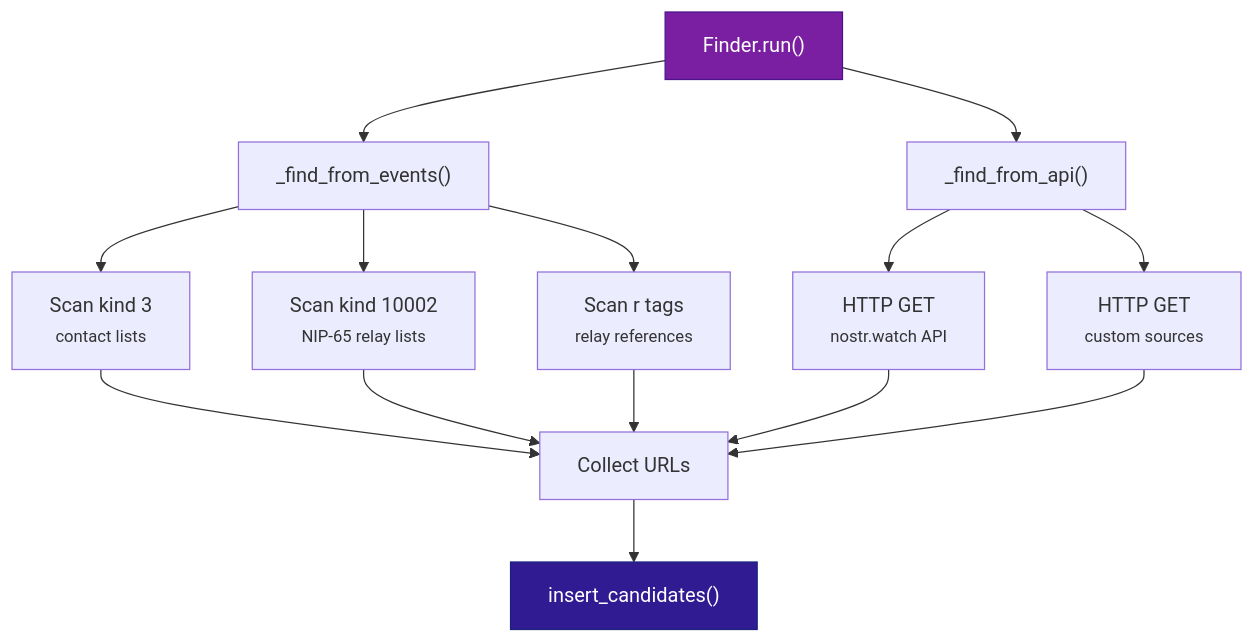
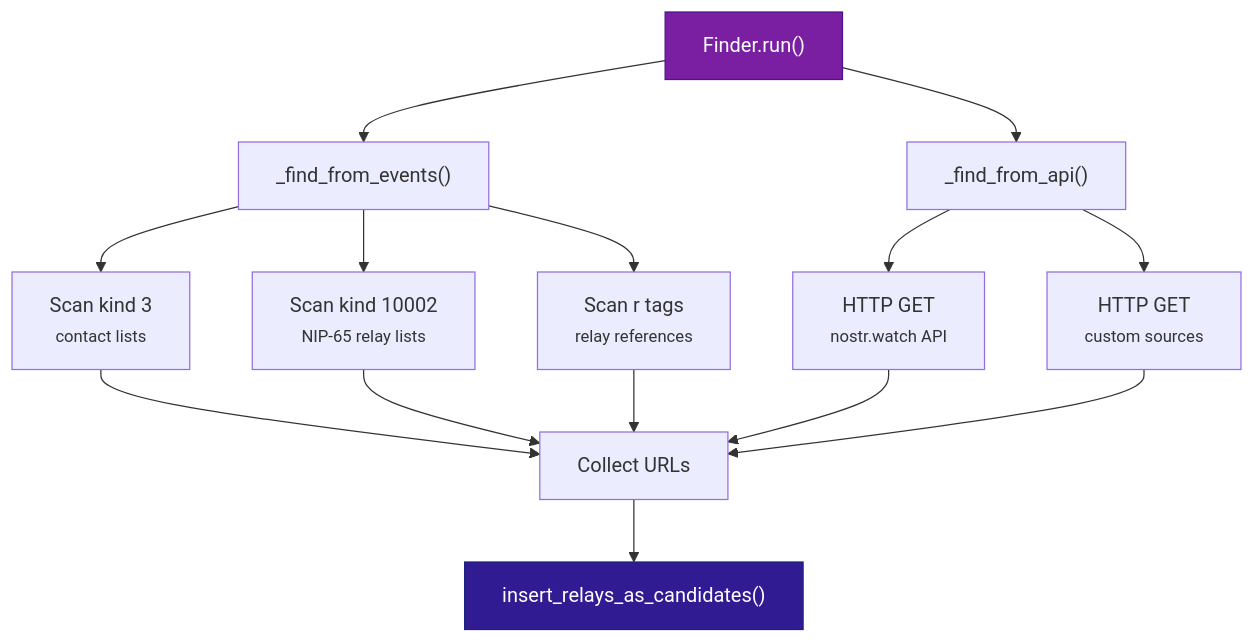
The second of 5 diagrams in docs/user-guide/services.md (BigBrotr/bigbrotr), drawn with Mermaid before and after one commit. The commit also changed other lines of this file and 48 other files, not shown here.

````diff
--- a/docs/user-guide/services.md
+++ b/docs/user-guide/services.md
@@ -118,23 +118,23 @@
 ```mermaid
 flowchart TD
     A["Finder.run()"] --> B["_find_from_events()"]
     A --> C["_find_from_api()"]
 
     B --> D["Scan kind 3<br/><small>contact lists</small>"]
     B --> E["Scan kind 10002<br/><small>NIP-65 relay lists</small>"]
     B --> F["Scan r tags<br/><small>relay references</small>"]
 
     C --> G["HTTP GET<br/><small>nostr.watch API</small>"]
     C --> H["HTTP GET<br/><small>custom sources</small>"]
 
     D --> I["Collect URLs"]
     E --> I
     F --> I
     G --> I
     H --> I
 
-    I --> J["insert_candidates()"]
+    I --> J["insert_relays_as_candidates()"]
 
     style A fill:#7B1FA2,color:#fff,stroke:#4A148C
     style J fill:#311B92,color:#fff,stroke:#1A237E
 ```
````
